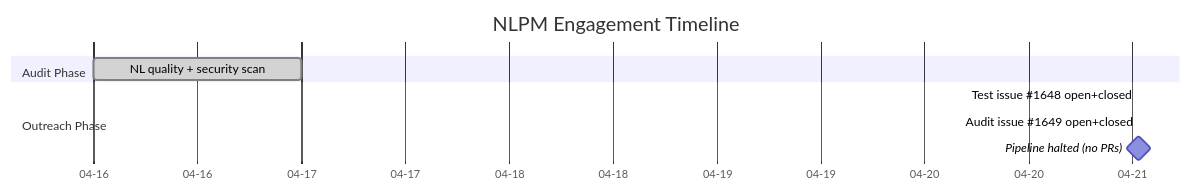
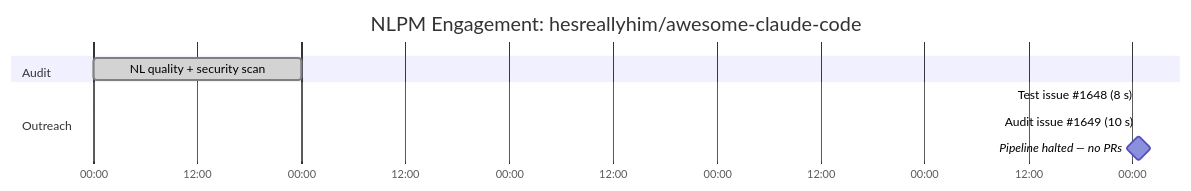
Before and after one commit to deusyu/nlpm: the fourth of 4 diagrams in case-studies/2026-04-22-hesreallyhim-awesome-claude-code.md, drawn with Mermaid. The commit also changed other lines of this file and 2 other files, not shown here.

Commit message:
case-study: hesreallyhim/awesome-claude-code (207 lines)

````diff
--- a/case-studies/2026-04-22-hesreallyhim-awesome-claude-code.md
+++ b/case-studies/2026-04-22-hesreallyhim-awesome-claude-code.md
@@ -138,14 +162,14 @@
 ```mermaid
 gantt
-    title NLPM Engagement Timeline
+    title NLPM Engagement: hesreallyhim/awesome-claude-code
     dateFormat YYYY-MM-DD HH:mm
-    axisFormat %m-%d
+    axisFormat %H:%M
 
-    section Audit Phase
+    section Audit
     NL quality + security scan     :done, 2026-04-16 00:00, 1440m
 
-    section Outreach Phase
-    Test issue #1648 open+closed   :crit, done, 2026-04-21 00:38, 1m
-    Audit issue #1649 open+closed  :crit, done, 2026-04-21 00:42, 1m
-    Pipeline halted (no PRs)       :milestone, 2026-04-21 00:43, 0m
+    section Outreach
+    Test issue #1648 (8 s)         :crit, done, 2026-04-21 00:38, 1m
+    Audit issue #1649 (10 s)       :crit, done, 2026-04-21 00:42, 1m
+    Pipeline halted — no PRs       :milestone, 2026-04-21 00:43, 0m
 ```
````
